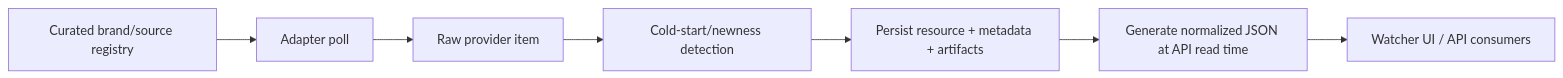
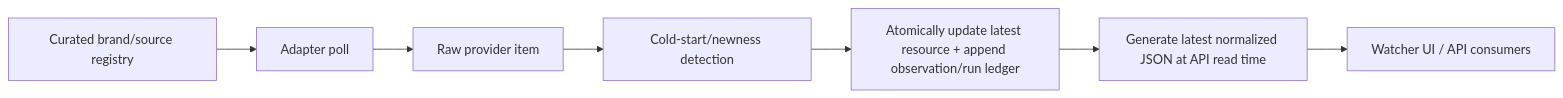
The diagram in docs/intellegence_crawler_overview.md (LordLoras/ARGUS_vlm), drawn with Mermaid before and after one commit. The commit also changed other lines of this file and 43 other files, not shown here.

````diff
--- a/docs/intellegence_crawler_overview.md
+++ b/docs/intellegence_crawler_overview.md
@@ -41,9 +44,9 @@
 ```mermaid
 flowchart LR
     A["Curated brand/source registry"] --> B["Adapter poll"]
     B --> C["Raw provider item"]
     C --> D["Cold-start/newness detection"]
-    D --> E["Persist resource + metadata + artifacts"]
-    E --> F["Generate normalized JSON at API read time"]
+    D --> E["Atomically update latest resource + append observation/run ledger"]
+    E --> F["Generate latest normalized JSON at API read time"]
     F --> G["Watcher UI / API consumers"]
 ```
````
